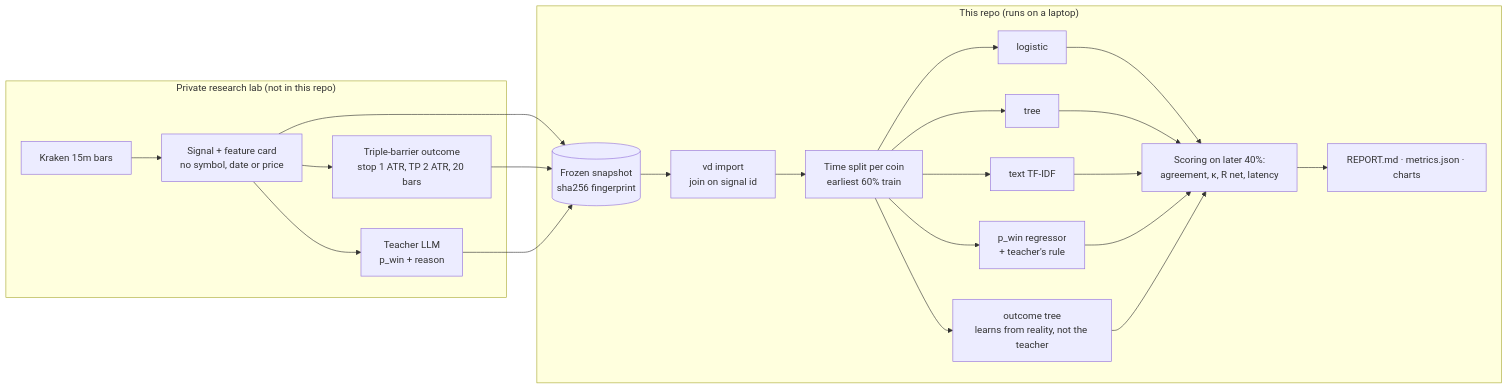
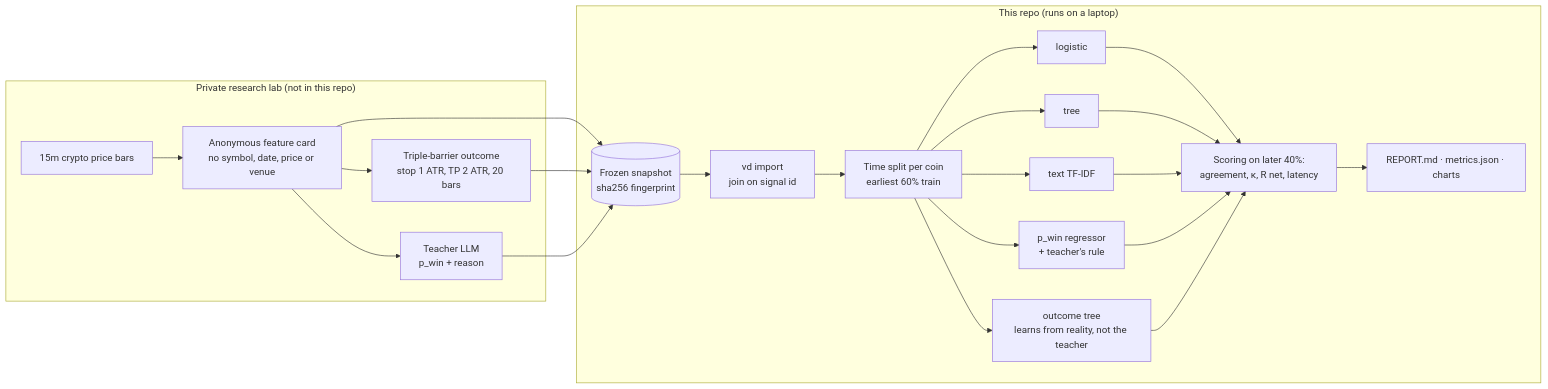
One commit to balasbrn/llm-veto-distillation changed the diagram in README.md. Above: the diagram before and after it, drawn with Mermaid. The commit also changed other lines of this file, not shown here.

First line of the commit message:
README: describe the cards as anonymous data, not venue data

````diff
--- a/README.md
+++ b/README.md
@@ -24,20 +24,20 @@
 ```mermaid
 flowchart LR
     subgraph lab["Private research lab (not in this repo)"]
-        A[Kraken 15m bars] --> B[Signal + feature card<br/>no symbol, date or price]
+        A[15m crypto price bars] --> B[Anonymous feature card<br/>no symbol, date, price or venue]
         B --> C[Triple-barrier outcome<br/>stop 1 ATR, TP 2 ATR, 20 bars]
         B --> D[Teacher LLM<br/>p_win + reason]
     end
     B & C & D --> S[(Frozen snapshot<br/>sha256 fingerprint)]
     subgraph repo["This repo (runs on a laptop)"]
         S --> I[vd import<br/>join on signal id]
         I --> T[Time split per coin<br/>earliest 60% train]
         T --> M1[logistic]
         T --> M2[tree]
         T --> M3[text TF-IDF]
         T --> M4[p_win regressor<br/>+ teacher's rule]
         T --> R[outcome tree<br/>learns from reality, not the teacher]
         M1 & M2 & M3 & M4 & R --> E[Scoring on later 40%:<br/>agreement, κ, R net, latency]
         E --> O[REPORT.md · metrics.json · charts]
     end
 ```
````
